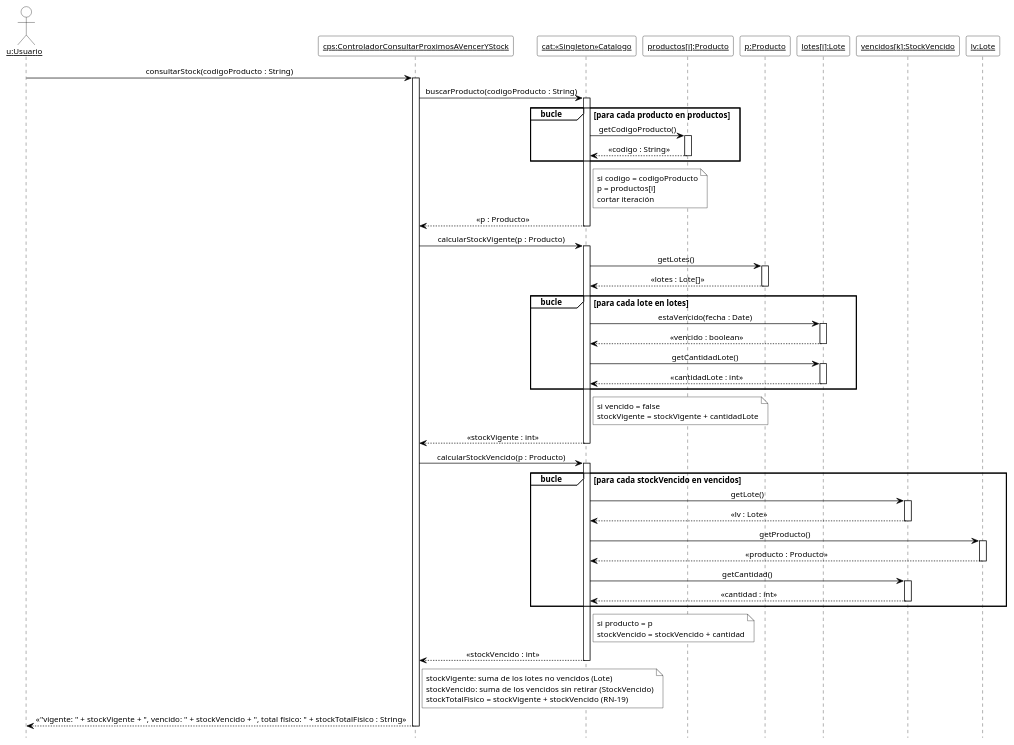
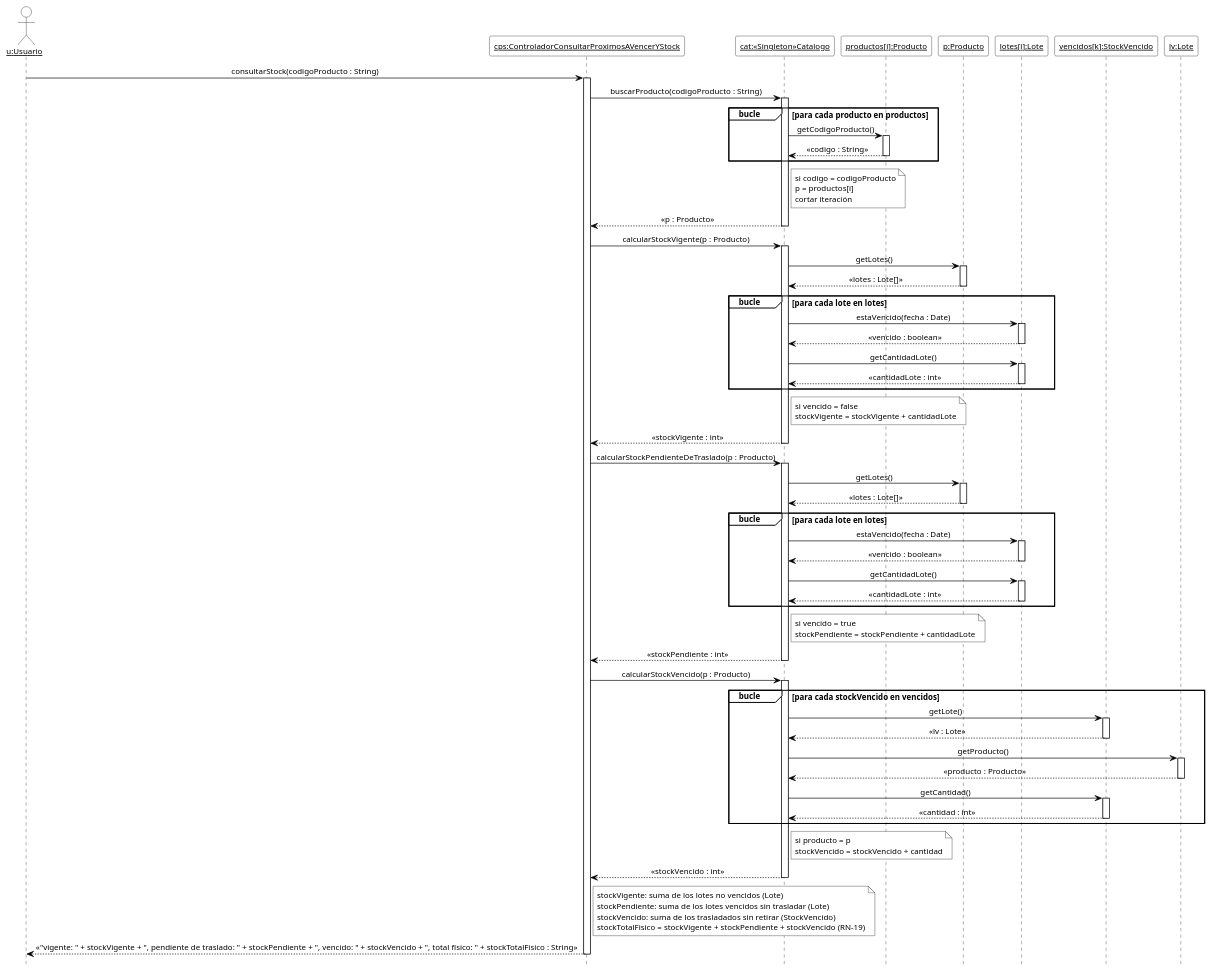
One commit to cirotop/Stock-Project changed the diagram in 08-Diagrama De Secuencia/DSD_CU-09_consultarStock.puml. Above: the diagram before and after it, drawn with PlantUML. The commit also changed 26 other files, not shown here.

```diff
--- a/08-Diagrama De Secuencia/DSD_CU-09_consultarStock.puml
+++ b/08-Diagrama De Secuencia/DSD_CU-09_consultarStock.puml
@@ -1,80 +1,95 @@
 @startuml DSD_CU-09_consultarStock
 ' Diagrama de Secuencia de Diseño (DSD) - CU-09 Consultar próximos a vencer y stock - consultarStock
 ' Estilo de los ejemplos de la teoría (introducirArticulo / crearNuevaVenta).
 hide footbox
 skinparam shadowing false
 skinparam defaultFontName Arial
 skinparam defaultFontSize 12
 skinparam sequenceMessageAlign center
 skinparam ArrowColor black
 skinparam ParticipantBackgroundColor white
 skinparam ParticipantBorderColor black
 skinparam CollectionsBackgroundColor white
 skinparam CollectionsBorderColor black
 skinparam ActorBackgroundColor white
 skinparam ActorBorderColor black
 skinparam LifeLineBorderColor black
 skinparam LifeLineBackgroundColor white
 skinparam SequenceGroupBackgroundColor white
 skinparam SequenceGroupBorderColor black
 skinparam SequenceGroupHeaderFontColor black
 skinparam NoteBackgroundColor white
 skinparam NoteBorderColor black
 
 actor "<u>u:Usuario</u>" as u
 participant "<u>cps:ControladorConsultarProximosAVencerYStock</u>" as cpv
 participant "<u>cat:«Singleton»Catalogo</u>" as cat
 participant "<u>productos[i]:Producto</u>" as pi
 participant "<u>p:Producto</u>" as p
 participant "<u>lotes[i]:Lote</u>" as li
 participant "<u>vencidos[k]:StockVencido</u>" as vi
 participant "<u>lv:Lote</u>" as lv
 
 u -> cpv ++ : consultarStock(codigoProducto : String)
 cpv -> cat ++ : buscarProducto(codigoProducto : String)
 group bucle [para cada producto en productos]
   cat -> pi ++ : getCodigoProducto()
   pi --> cat -- : «codigo : String»
 end
 note right of cat
   si codigo = codigoProducto
   p = productos[i]
   cortar iteración
 end note
 cat --> cpv -- : «p : Producto»
 cpv -> cat ++ : calcularStockVigente(p : Producto)
 cat -> p ++ : getLotes()
 p --> cat -- : «lotes : Lote[]»
 group bucle [para cada lote en lotes]
   cat -> li ++ : estaVencido(fecha : Date)
   li --> cat -- : «vencido : boolean»
   cat -> li ++ : getCantidadLote()
   li --> cat -- : «cantidadLote : int»
 end
 note right of cat
   si vencido = false
   stockVigente = stockVigente + cantidadLote
 end note
 cat --> cpv -- : «stockVigente : int»
+cpv -> cat ++ : calcularStockPendienteDeTraslado(p : Producto)
+cat -> p ++ : getLotes()
+p --> cat -- : «lotes : Lote[]»
+group bucle [para cada lote en lotes]
+  cat -> li ++ : estaVencido(fecha : Date)
+  li --> cat -- : «vencido : boolean»
+  cat -> li ++ : getCantidadLote()
+  li --> cat -- : «cantidadLote : int»
+end
+note right of cat
+  si vencido = true
+  stockPendiente = stockPendiente + cantidadLote
+end note
+cat --> cpv -- : «stockPendiente : int»
 cpv -> cat ++ : calcularStockVencido(p : Producto)
 group bucle [para cada stockVencido en vencidos]
   cat -> vi ++ : getLote()
   vi --> cat -- : «lv : Lote»
   cat -> lv ++ : getProducto()
   lv --> cat -- : «producto : Producto»
   cat -> vi ++ : getCantidad()
   vi --> cat -- : «cantidad : int»
 end
 note right of cat
   si producto = p
   stockVencido = stockVencido + cantidad
 end note
 cat --> cpv -- : «stockVencido : int»
 note right of cpv
   stockVigente: suma de los lotes no vencidos (Lote)
-  stockVencido: suma de los vencidos sin retirar (StockVencido)
-  stockTotalFisico = stockVigente + stockVencido (RN-19)
+  stockPendiente: suma de los lotes vencidos sin trasladar (Lote)
+  stockVencido: suma de los trasladados sin retirar (StockVencido)
+  stockTotalFisico = stockVigente + stockPendiente + stockVencido (RN-19)
 end note
-cpv --> u -- : «"vigente: " + stockVigente + ", vencido: " + stockVencido + ", total físico: " + stockTotalFisico : String»
+cpv --> u -- : «"vigente: " + stockVigente + ", pendiente de traslado: " + stockPendiente + ", vencido: " + stockVencido + ", total físico: " + stockTotalFisico : String»
 
 @enduml
```
